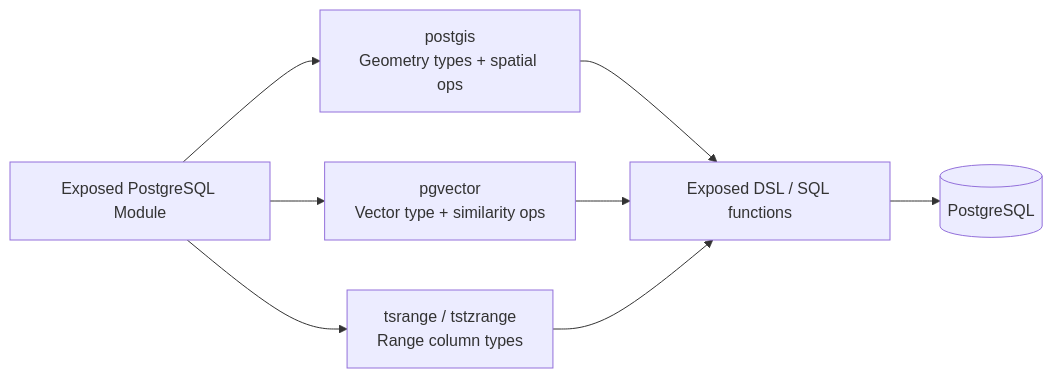
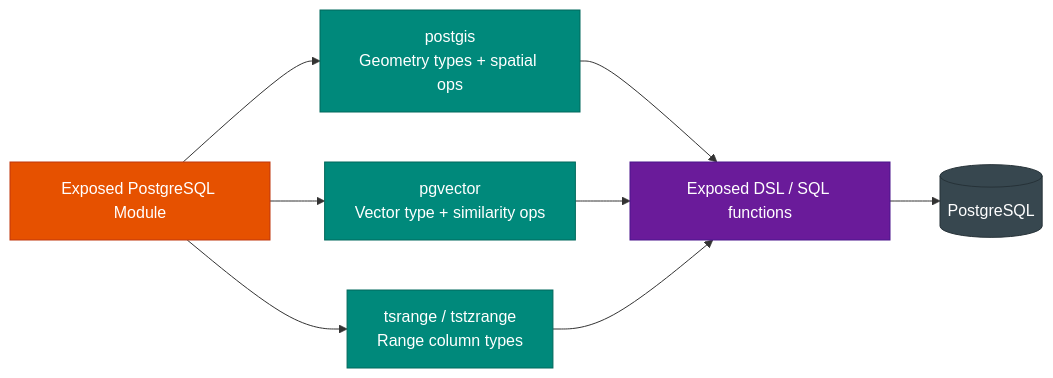
Before and after one commit to bluetape4k/bluetape4k-projects: the first of 2 diagrams in data/exposed-postgresql/README.ko.md, drawn with Mermaid. The commit also changed other lines of this file and 221 other files, not shown here.

First line of the commit message:
docs: 전체 모듈 README UML 다이어그램 보강 및 색상 업그레이드

````diff
--- a/data/exposed-postgresql/README.ko.md
+++ b/data/exposed-postgresql/README.ko.md
@@ -9,17 +9,29 @@
 ```mermaid
 flowchart LR
     Core["Exposed PostgreSQL Module"]
     PostGIS["postgis<br/>Geometry types + spatial ops"]
     Pgvector["pgvector<br/>Vector type + similarity ops"]
     Range["tsrange / tstzrange<br/>Range column types"]
     Query["Exposed DSL / SQL functions"]
     PG[("PostgreSQL")]
 
     Core --> PostGIS
     Core --> Pgvector
     Core --> Range
     PostGIS --> Query
     Pgvector --> Query
     Range --> Query
     Query --> PG
+
+    classDef coreStyle fill:#E65100,stroke:#BF360C,color:#FFFFFF
+    classDef featureStyle fill:#00897B,stroke:#00695C,color:#FFFFFF
+    classDef queryStyle fill:#6A1B9A,stroke:#4A148C,color:#FFFFFF
+    classDef dbStyle fill:#37474F,stroke:#263238,color:#FFFFFF
+
+    class Core coreStyle
+    class PostGIS featureStyle
+    class Pgvector featureStyle
+    class Range featureStyle
+    class Query queryStyle
+    class PG dbStyle
 ```
````
